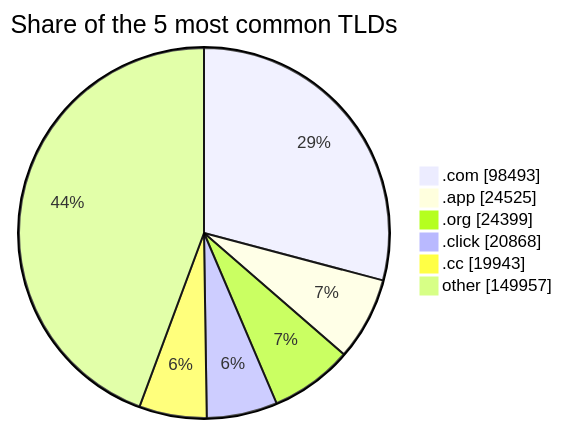
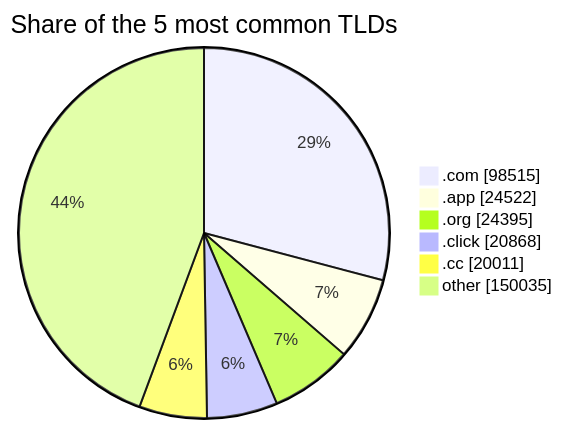
One commit to DNSBunker/CTI changed the third of 3 diagrams in README.md. Above: the diagram before and after it, drawn with Mermaid. The commit also changed other lines of this file and 4 other files, not shown here.

````diff
--- a/README.md
+++ b/README.md
@@ -81,9 +81,9 @@
 ```mermaid
 pie showData title Share of the 5 most common TLDs
-    ".com" : 98493
-    ".app" : 24525
-    ".org" : 24399
+    ".com" : 98515
+    ".app" : 24522
+    ".org" : 24395
     ".click" : 20868
-    ".cc" : 19943
-    "other" : 149957
+    ".cc" : 20011
+    "other" : 150035
 ```
````
